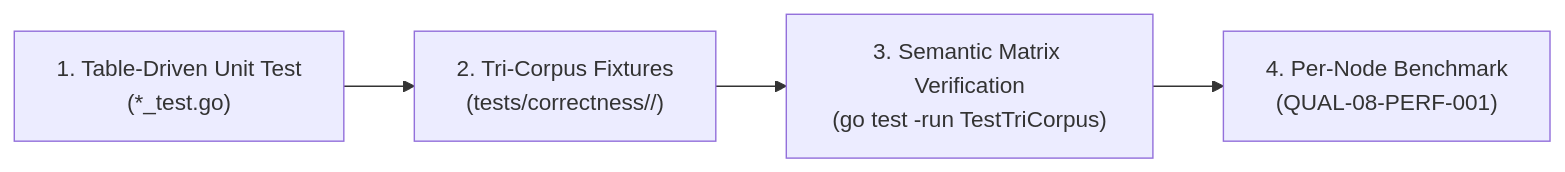
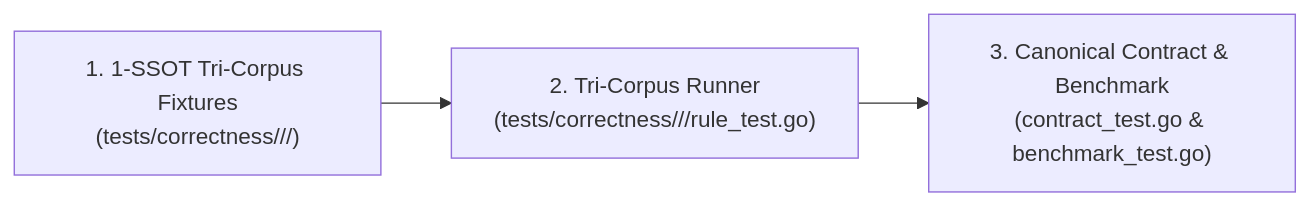
One commit to will2469/charites changed the diagram in docs/03-testing/08-expansion.md. Above: the diagram before and after it, drawn with Mermaid. The commit also changed other lines of this file, not shown here.

Commit message:
docs(testing): codify 1-SSOT rule testing architecture and ban monolithic rules_test.go

````diff
--- a/docs/03-testing/08-expansion.md
+++ b/docs/03-testing/08-expansion.md
@@ -58,6 +65,5 @@
 ```mermaid
 flowchart LR
-    Step1["1. Table-Driven Unit Test\n(*_test.go)"] --> Step2["2. Tri-Corpus Fixtures\n(tests/correctness/<rule>/)"]
-    Step2 --> Step3["3. Semantic Matrix Verification\n(go test -run TestTriCorpus)"]
-    Step3 --> Step4["4. Per-Node Benchmark\n(QUAL-08-PERF-001)"]
+    Step1["1. 1-SSOT Tri-Corpus Fixtures\n(tests/correctness/<category>/<slug>/)"] --> Step2["2. Tri-Corpus Runner\n(tests/correctness/<category>/<slug>/rule_test.go)"]
+    Step2 --> Step3["3. Canonical Contract & Benchmark\n(contract_test.go & benchmark_test.go)"]
 ```
````
